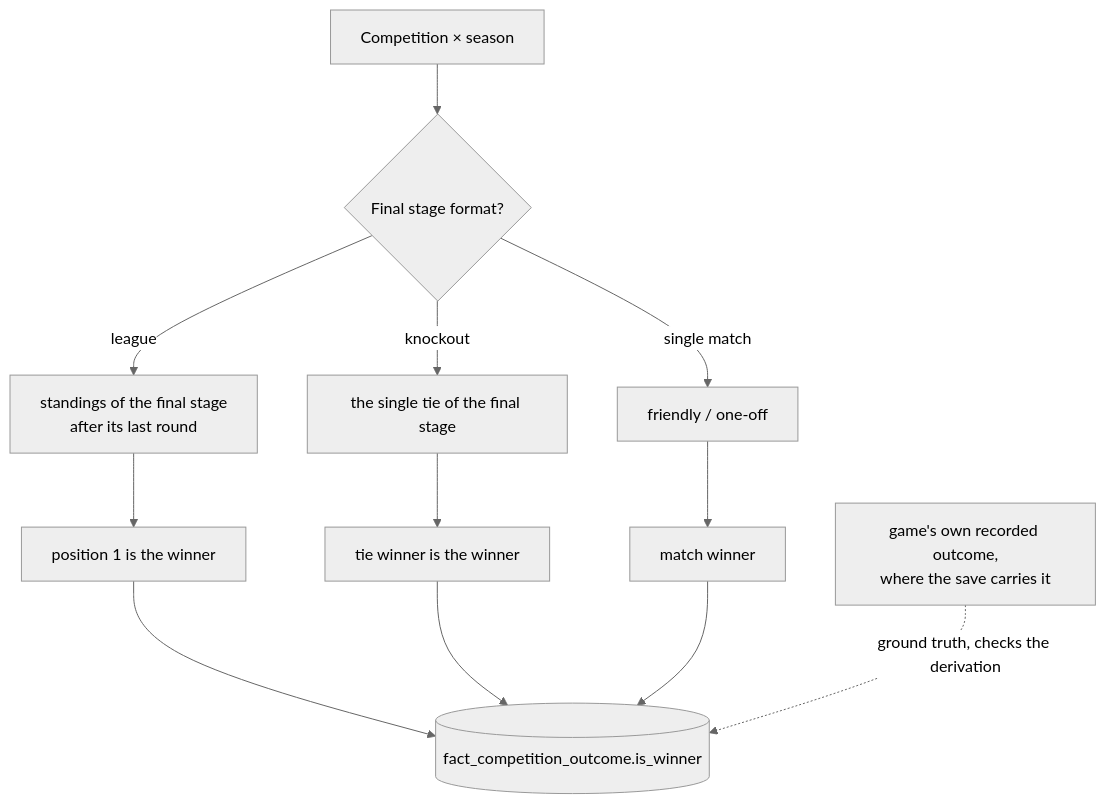
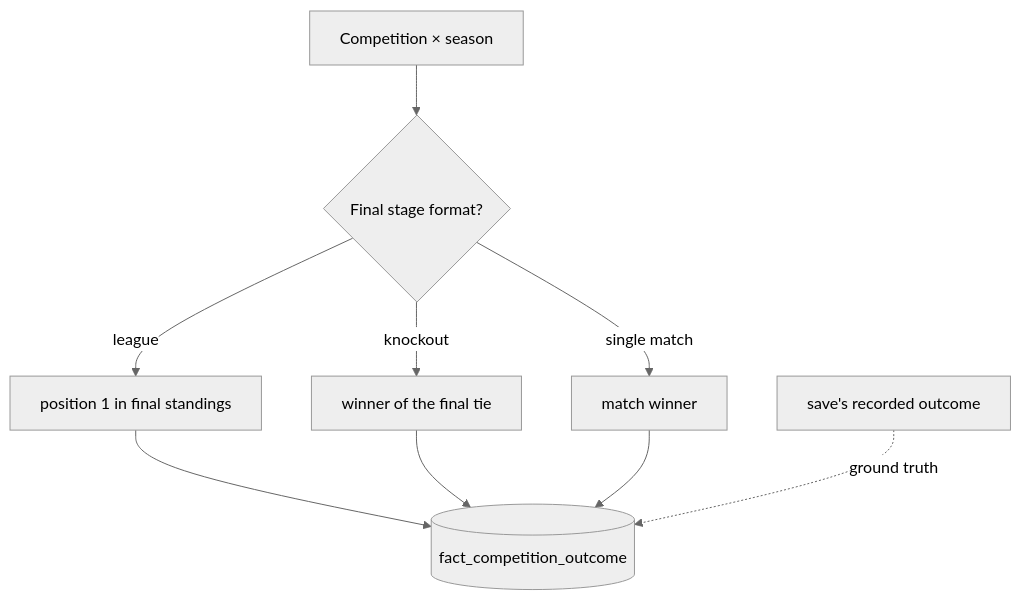
Before and after one commit to ZacHooper/fmm-stats: the second of 2 diagrams in docs/data-model/competition.md, drawn with Mermaid (neutral theme). The commit also changed other lines of this file, not shown here.

First line of the commit message:
docs: trim competition semantic model

````diff
--- a/docs/data-model/competition.md
+++ b/docs/data-model/competition.md
@@ -187,14 +117,11 @@
 ```mermaid
 flowchart TD
     C[Competition × season] --> F{Final stage format?}
-    F -->|league| L[standings of the final stage<br/>after its last round]
-    L --> W1[position 1 is the winner]
-    F -->|knockout| K[the single tie of the final stage]
-    K --> W2[tie winner is the winner]
-    F -->|single match| S[friendly / one-off]
-    S --> W3[match winner]
-    W1 --> O[(fact_competition_outcome.is_winner)]
+    F -->|league| W1[position 1 in final standings]
+    F -->|knockout| W2[winner of the final tie]
+    F -->|single match| W3[match winner]
+    W1 --> O[(fact_competition_outcome)]
     W2 --> O
     W3 --> O
-    G[game's own recorded outcome,<br/>where the save carries it] -. ground truth, checks the derivation .-> O
+    G[save's recorded outcome] -. ground truth .-> O
 ```
````
